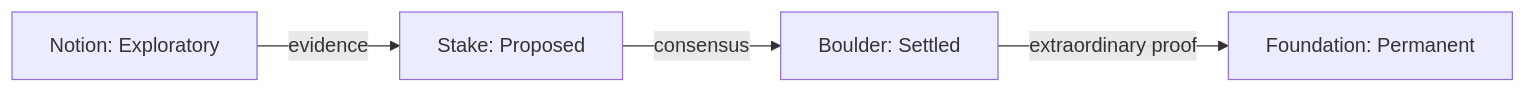
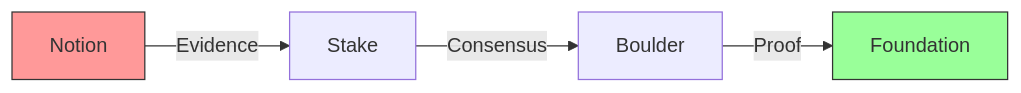
Before and after one commit to Synthetic-Identity-Co/conj-talk-2025: the seventh of 9 diagrams in presenter.md, drawn with Mermaid. The commit also changed other lines of this file, not shown here.

````diff
--- a/presenter.md
+++ b/presenter.md
@@ -421,11 +441,9 @@
 ```mermaid
 graph LR
-    Notion[Notion: Exploratory]
-    Stake[Stake: Proposed]
-    Boulder[Boulder: Settled]
-    Foundation[Foundation: Permanent]
+    A[Notion] -->|Evidence| B[Stake]
+    B -->|Consensus| C[Boulder]
+    C -->|Proof| D[Foundation]
     
-    Notion -->|evidence| Stake
-    Stake -->|consensus| Boulder
-    Boulder -->|extraordinary proof| Foundation
+    style A fill:#f99,stroke:#333
+    style D fill:#9f9,stroke:#333
 ```
````
